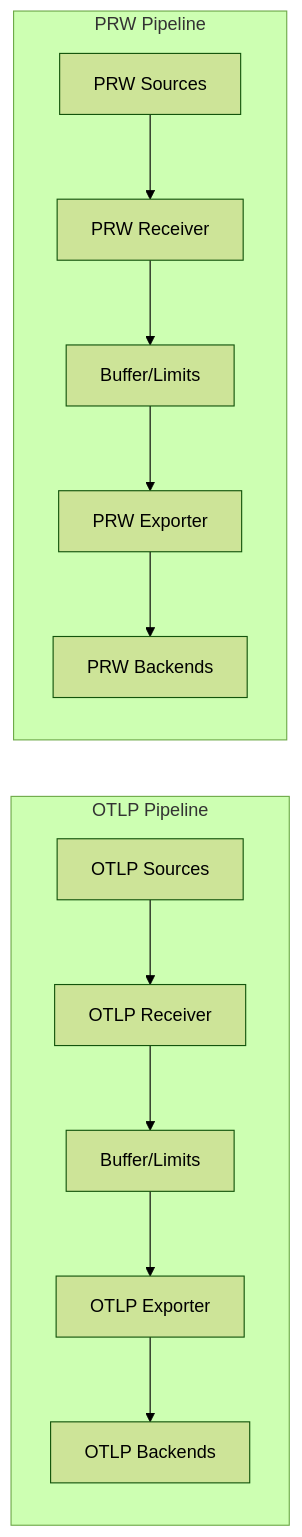
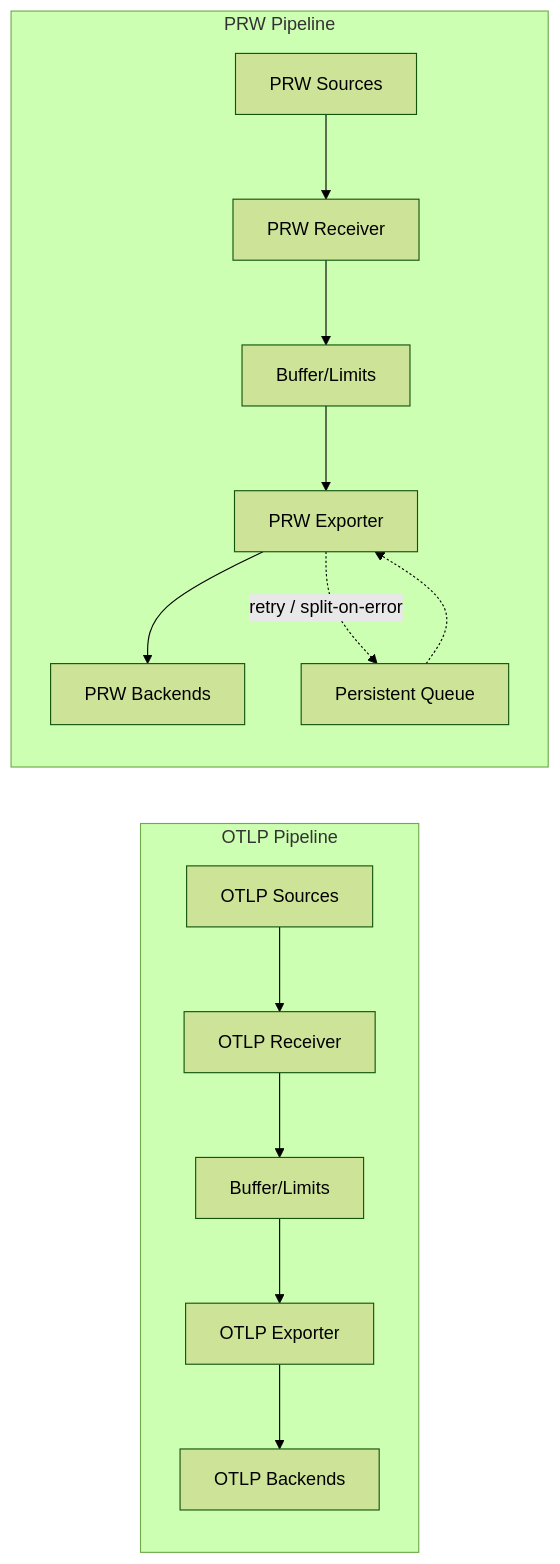
The diagram in docs/prw.md (szibis/metrics-governor), drawn with Mermaid (forest theme) before and after one commit. The commit also changed other lines of this file and 17 other files, not shown here.

First line of the commit message:
feat: pipeline parity, failover drain, split-on-error, memory leak fixes

````diff
--- a/docs/prw.md
+++ b/docs/prw.md
@@ -9,16 +9,18 @@
 ```mermaid
 flowchart LR
     subgraph "OTLP Pipeline"
         OS[OTLP Sources] --> OR[OTLP Receiver]
         OR --> OB[Buffer/Limits]
         OB --> OE[OTLP Exporter]
         OE --> OBE[OTLP Backends]
     end
 
     subgraph "PRW Pipeline"
         PS[PRW Sources] --> PR[PRW Receiver]
         PR --> PB[Buffer/Limits]
         PB --> PE[PRW Exporter]
         PE --> PBE[PRW Backends]
+        PE -.->|"retry / split-on-error"| PQ[Persistent Queue]
+        PQ -.-> PE
     end
 ```
````
